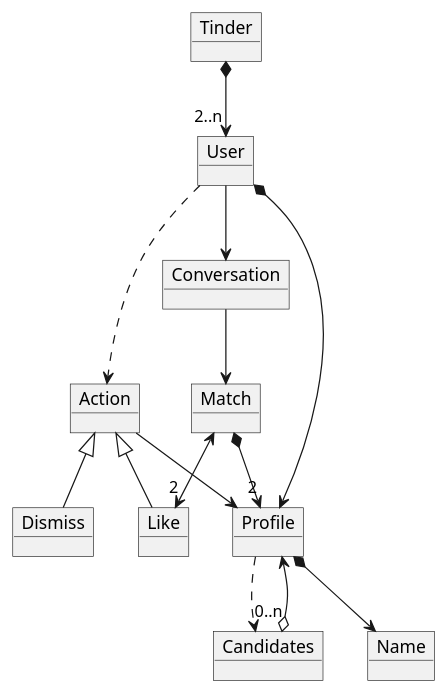
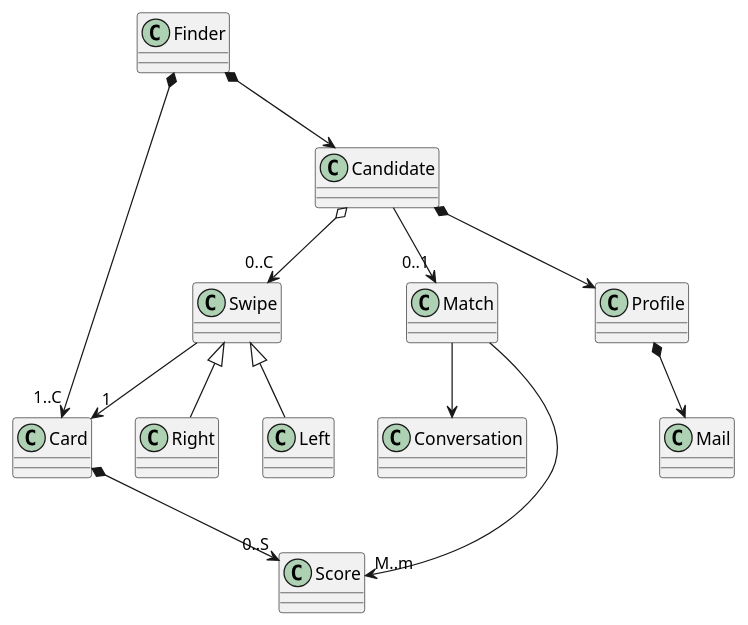
The diagram in docs/src/domain-model.puml (fraylopez/finder), drawn with PlantUML before and after one commit. The commit also changed 164 other files, not shown here.

```diff
--- a/docs/src/domain-model.puml
+++ b/docs/src/domain-model.puml
@@ -1,33 +1,32 @@
 @startuml
 
-object Tinder
-object Match
-object Like
-object Dismiss
-object Action
-object Candidates
-object User
-object Profile
-object Name
-object Conversation
+class Finder
+class Card
+class Match
+class Right
+class Left
+class Swipe
+class Candidate
+class Profile
+class Conversation
 
-User ..> Action
-User *--> Profile
+Finder *-->  Candidate
+Finder *--> "1..C" Card
 
-Tinder *--> "2..n" User
-Profile *--> Name
+Candidate o--> "0..C" Swipe
+Candidate *--> Profile
+Candidate --> "0..1" Match
 
-Like -up-|> Action
-Dismiss -up-|> Action
-Candidates "0..n" o-down-> Profile
+Swipe --> "1" Card
 
-Profile ..> Candidates
-Conversation --> Match
+Card *--> "0..S" Score
 
-Action --> Profile
-Match *--> "2" Profile
-Match <--> "2" Like
+Profile *--> Mail
 
-User --> Conversation
+Right -up-|> Swipe
+Left -up-|> Swipe
+Match --> "M..m" Score
+
+Match -->  Conversation
 
 @enduml
```
